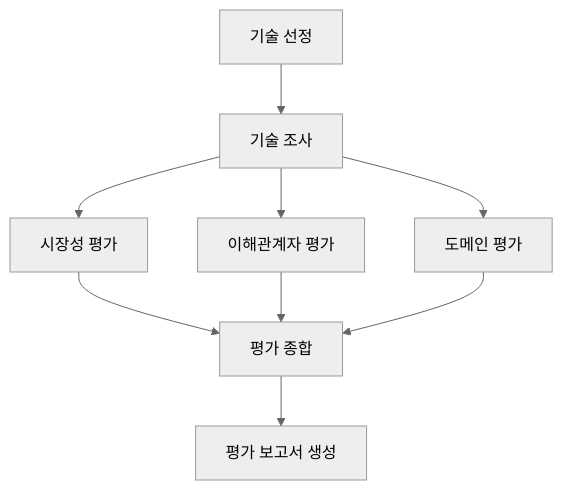
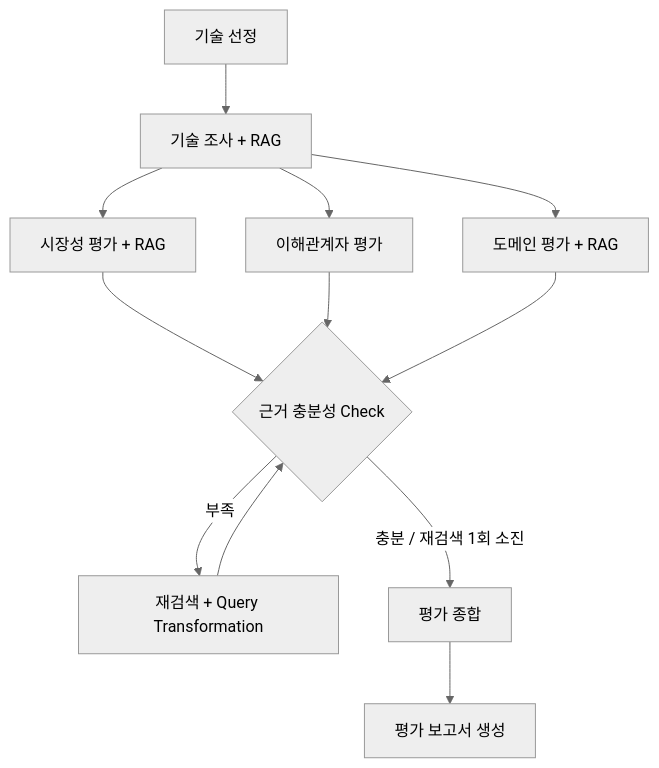
The diagram in README.md (zser99/SKALA_MultiAgent), drawn with Mermaid (neutral theme) before and after one commit. The commit also changed other lines of this file and 23 other files, not shown here.

````diff
--- a/README.md
+++ b/README.md
@@ -75,11 +96,14 @@
 ```mermaid
 graph TD
-    A[기술 선정] --> B[기술 조사]
-    B --> C[시장성 평가]
+    A[기술 선정] --> B[기술 조사 + RAG]
+    B --> C[시장성 평가 + RAG]
     B --> D[이해관계자 평가]
-    B --> E[도메인 평가]
-    C --> F[평가 종합]
+    B --> E[도메인 평가 + RAG]
+    C --> F{근거 충분성 Check}
     D --> F
     E --> F
-    F --> G[평가 보고서 생성]
+    F -- 부족 --> H[재검색 + Query Transformation]
+    H --> F
+    F -- 충분 / 재검색 1회 소진 --> G[평가 종합]
+    G --> I[평가 보고서 생성]
 ```
````
